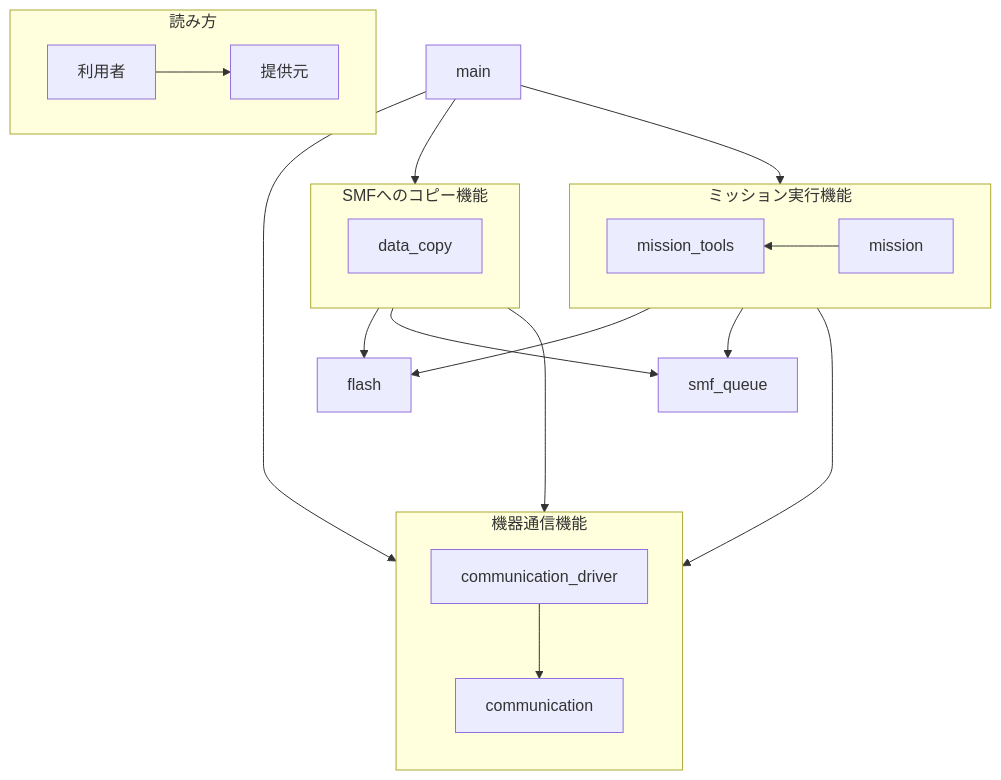
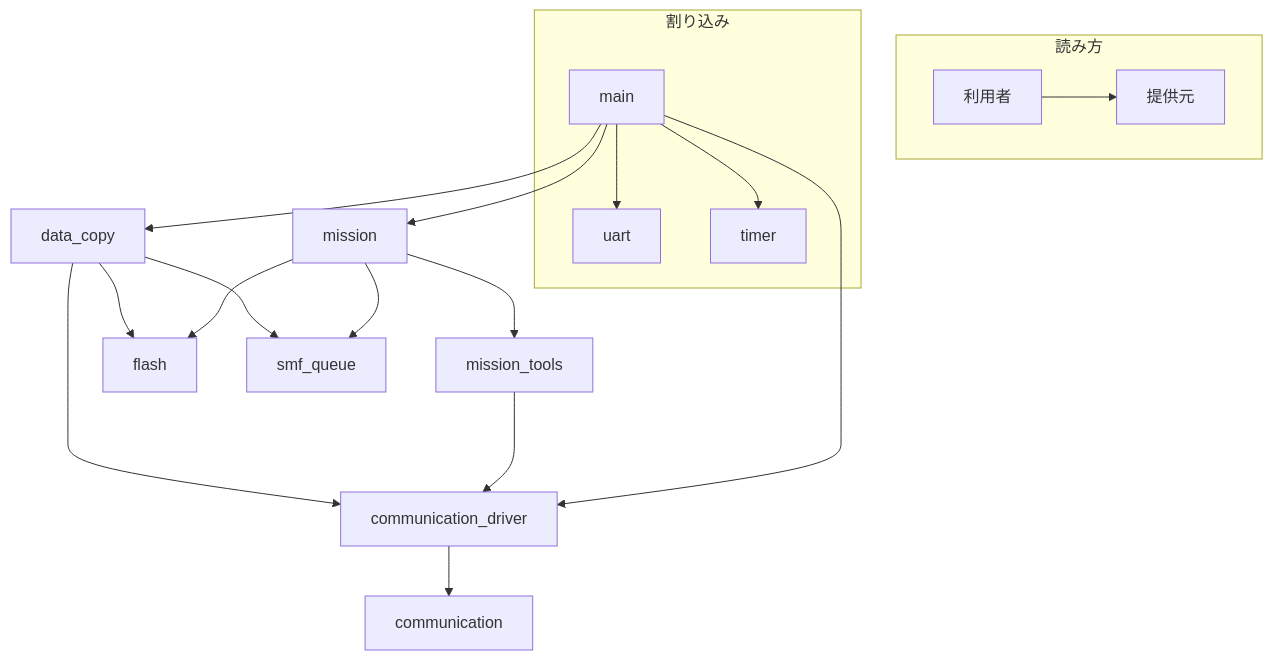
Before and after one commit to CIT-GARDENs-Organization/MIS_MCU_CCSC: the diagram in docs/design.md, drawn with Mermaid. The commit also changed 75 other files, not shown here.

````diff
--- a/docs/design.md
+++ b/docs/design.md
@@ -15,36 +15,29 @@
 ```mermaid 
 graph TD
     subgraph 読み方
     direction LR
         利用者 --> 提供元
     end
 
-    subgraph ミッション実行機能
-        direction RL
-        mission --> mission_tools
+    subgraph 割り込み
+        main --> uart
+        main --> timer
     end
-    
-    mission --> flash
-
-
-    subgraph SMFへのコピー機能
-        direction LR
-        data_copy
-    end
- data_copy --> flash
-    subgraph 機器通信機能
-        direction TB
-        communication_driver --> communication
-    end
-
 
     main --> communication_driver
     main --> mission
     main --> data_copy
 
-        mission_tools --> communication_driver
+
+    mission --> mission_tools
+    mission --> flash
     mission --> smf_queue
 
+    mission_tools --> communication_driver
+
+    data_copy --> flash
     data_copy ----> communication_driver
     data_copy --> smf_queue
+
+    communication_driver --> communication
 ```
````
